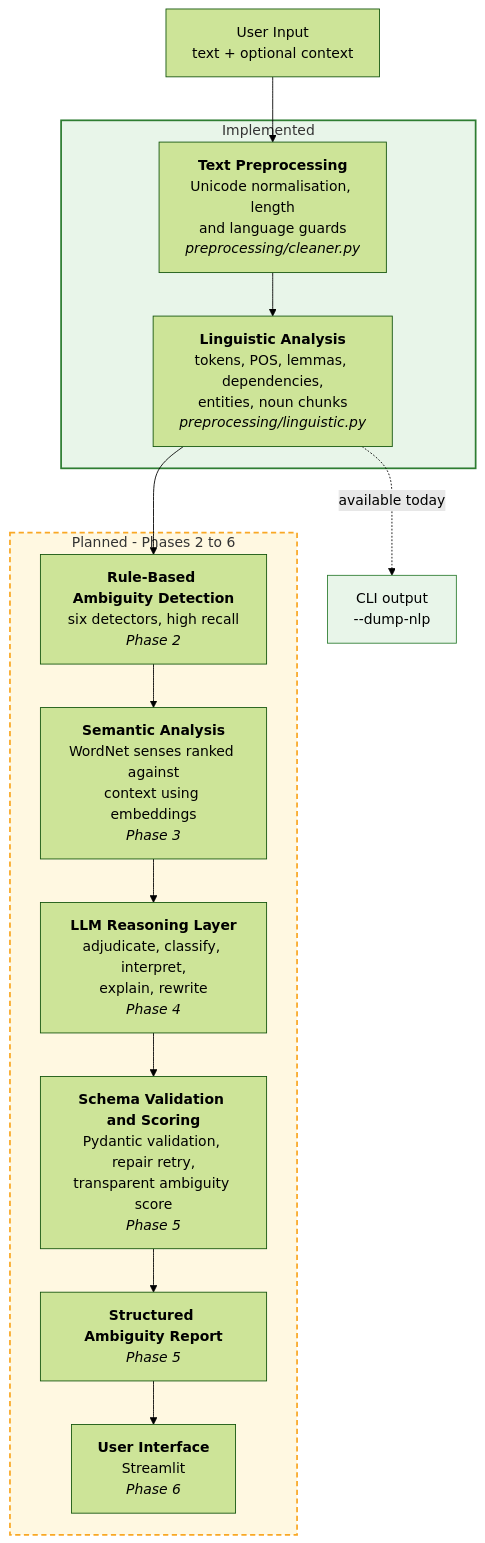
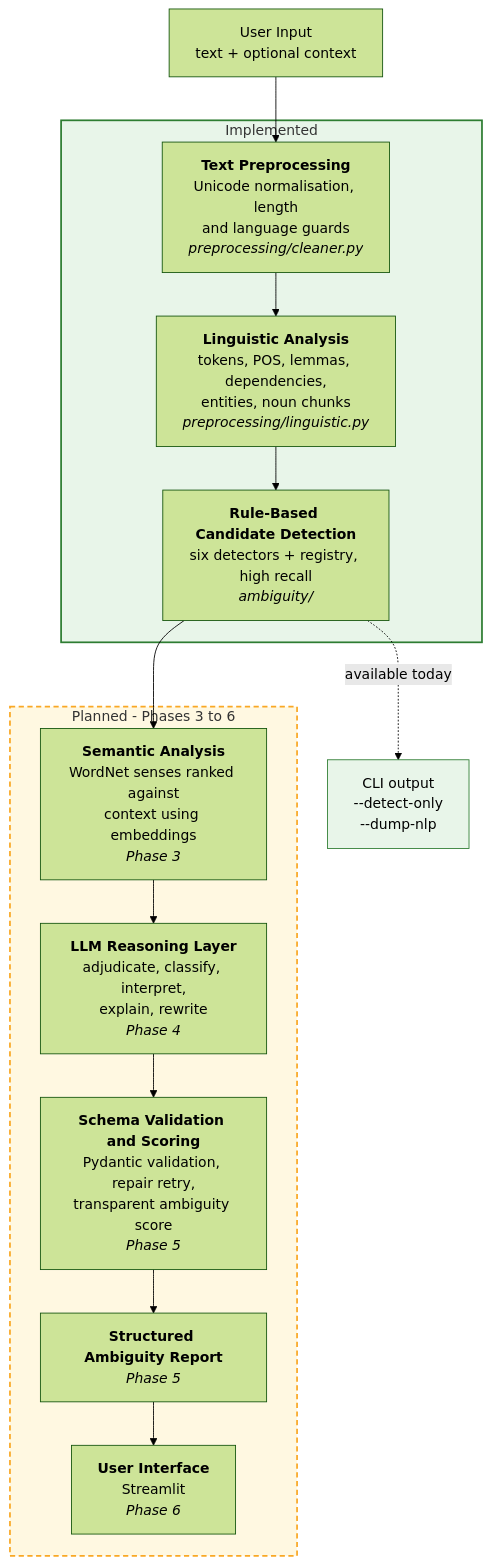
Before and after one commit to chanchalagrawal0107/NLP-based-ambiguity-detector: the diagram in README.md, drawn with Mermaid (forest theme). The commit also changed other lines of this file and 18 other files, not shown here.

Commit message:
implement rule-based ambiguity candidate detection

````diff
--- a/README.md
+++ b/README.md
@@ -280,28 +296,28 @@
 ```mermaid
 flowchart TD
     A["User Input<br/>text + optional context"] --> B
 
     subgraph BUILT ["Implemented"]
         B["<b>Text Preprocessing</b><br/>Unicode normalisation, length<br/>and language guards<br/><i>preprocessing/cleaner.py</i>"]
         C["<b>Linguistic Analysis</b><br/>tokens, POS, lemmas, dependencies,<br/>entities, noun chunks<br/><i>preprocessing/linguistic.py</i>"]
-        B --> C
+        D["<b>Rule-Based Candidate Detection</b><br/>six detectors + registry, high recall<br/><i>ambiguity/</i>"]
+        B --> C --> D
     end
 
-    C --> D
+    D --> E
 
-    subgraph PLANNED ["Planned - Phases 2 to 6"]
-        D["<b>Rule-Based Ambiguity Detection</b><br/>six detectors, high recall<br/><i>Phase 2</i>"]
+    subgraph PLANNED ["Planned - Phases 3 to 6"]
         E["<b>Semantic Analysis</b><br/>WordNet senses ranked against<br/>context using embeddings<br/><i>Phase 3</i>"]
         F["<b>LLM Reasoning Layer</b><br/>adjudicate, classify, interpret,<br/>explain, rewrite<br/><i>Phase 4</i>"]
         G["<b>Schema Validation and Scoring</b><br/>Pydantic validation, repair retry,<br/>transparent ambiguity score<br/><i>Phase 5</i>"]
         H["<b>Structured Ambiguity Report</b><br/><i>Phase 5</i>"]
         I["<b>User Interface</b><br/>Streamlit<br/><i>Phase 6</i>"]
-        D --> E --> F --> G --> H --> I
+        E --> F --> G --> H --> I
     end
 
-    C -.->|"available today"| J["CLI output<br/>--dump-nlp"]
+    D -.->|"available today"| J["CLI output<br/>--detect-only<br/>--dump-nlp"]
 
     style BUILT fill:#e8f5e9,stroke:#2e7d32,stroke-width:2px
     style PLANNED fill:#fff8e1,stroke:#f9a825,stroke-width:2px,stroke-dasharray: 6 4
     style J fill:#e8f5e9,stroke:#2e7d32
 ```
````
